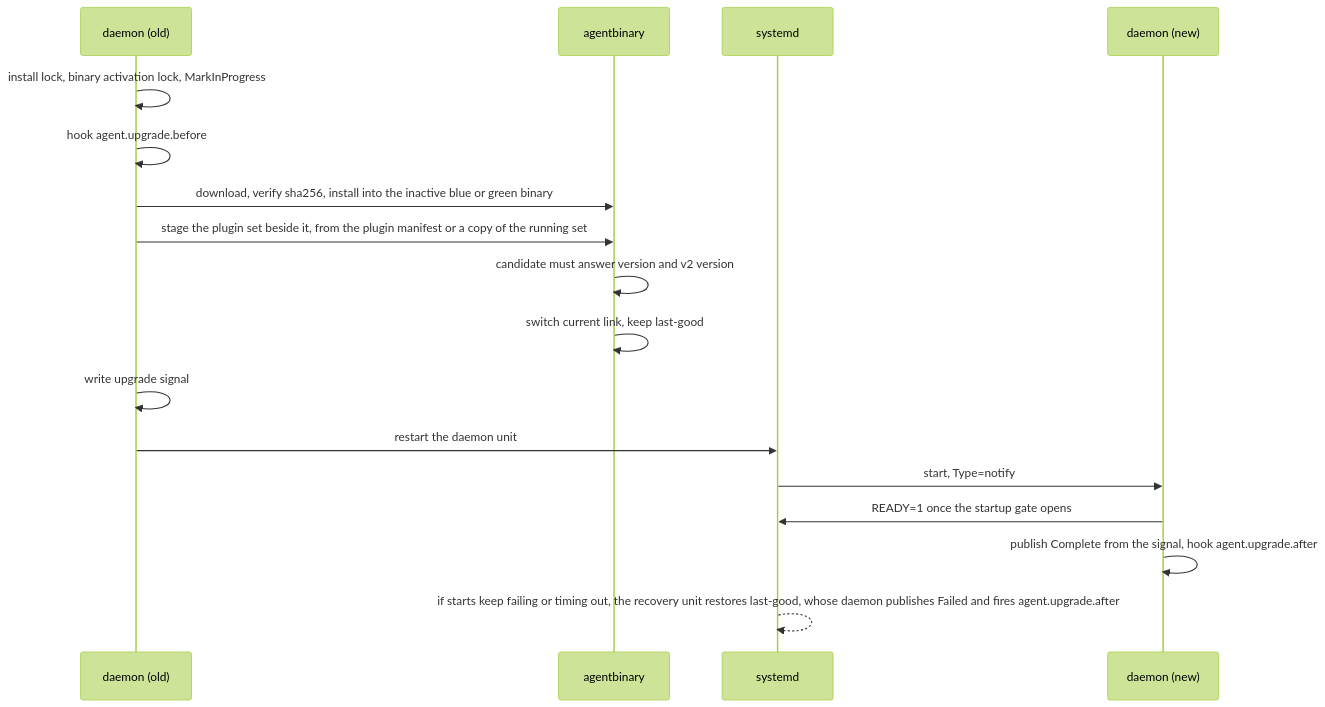
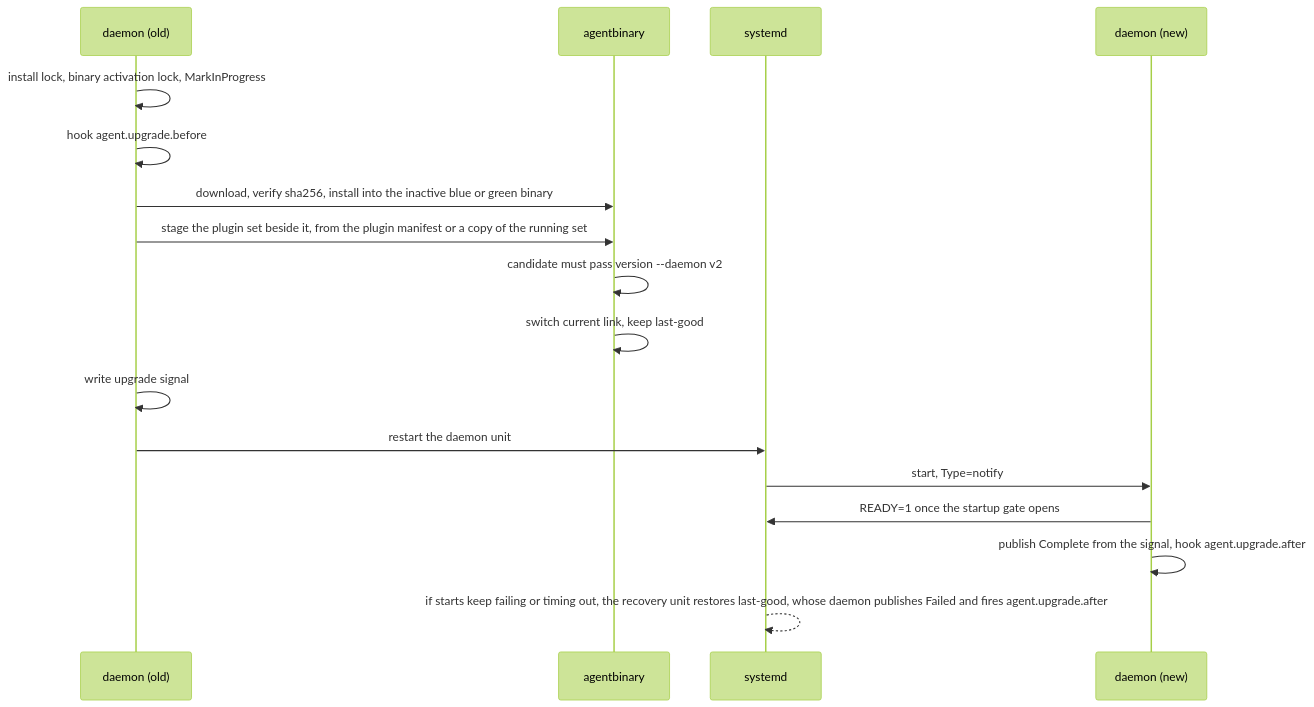
One commit to Azure/unbounded changed the fourth of 5 diagrams in designs/agent-v2/05-lifecycles.md. Above: the diagram before and after it, drawn with Mermaid (forest theme). The commit also changed other lines of this file and 11 other files, not shown here.

````diff
--- a/designs/agent-v2/05-lifecycles.md
+++ b/designs/agent-v2/05-lifecycles.md
@@ -180,19 +180,19 @@
 ```mermaid
 sequenceDiagram
   participant D as daemon (old)
   participant AB as agentbinary
   participant SD as systemd
   participant N as daemon (new)
   D->>D: install lock, binary activation lock, MarkInProgress
   D->>D: hook agent.upgrade.before
   D->>AB: download, verify sha256, install into the inactive blue or green binary
   D->>AB: stage the plugin set beside it, from the plugin manifest or a copy of the running set
-  AB->>AB: candidate must answer version and v2 version
+  AB->>AB: candidate must pass version --daemon v2
   AB->>AB: switch current link, keep last-good
   D->>D: write upgrade signal
   D->>SD: restart the daemon unit
   SD->>N: start, Type=notify
   N->>SD: READY=1 once the startup gate opens
   N->>N: publish Complete from the signal, hook agent.upgrade.after
   SD-->>SD: if starts keep failing or timing out, the recovery unit restores last-good, whose daemon publishes Failed and fires agent.upgrade.after
 ```
````
